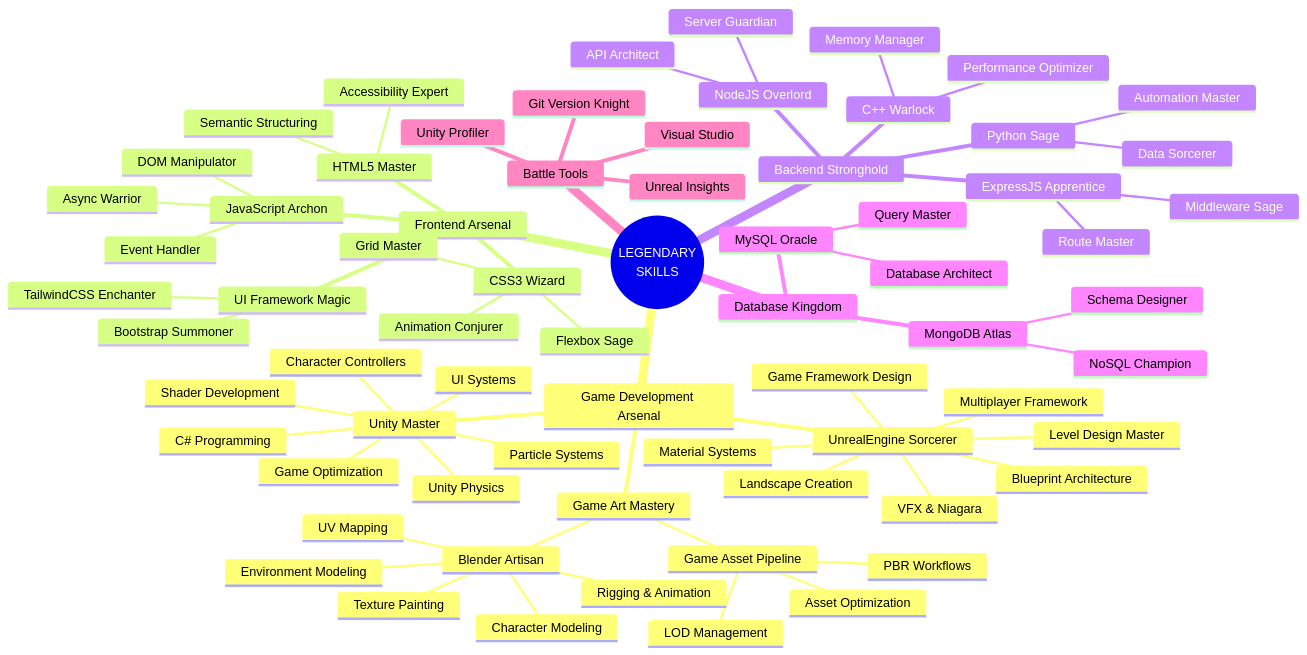
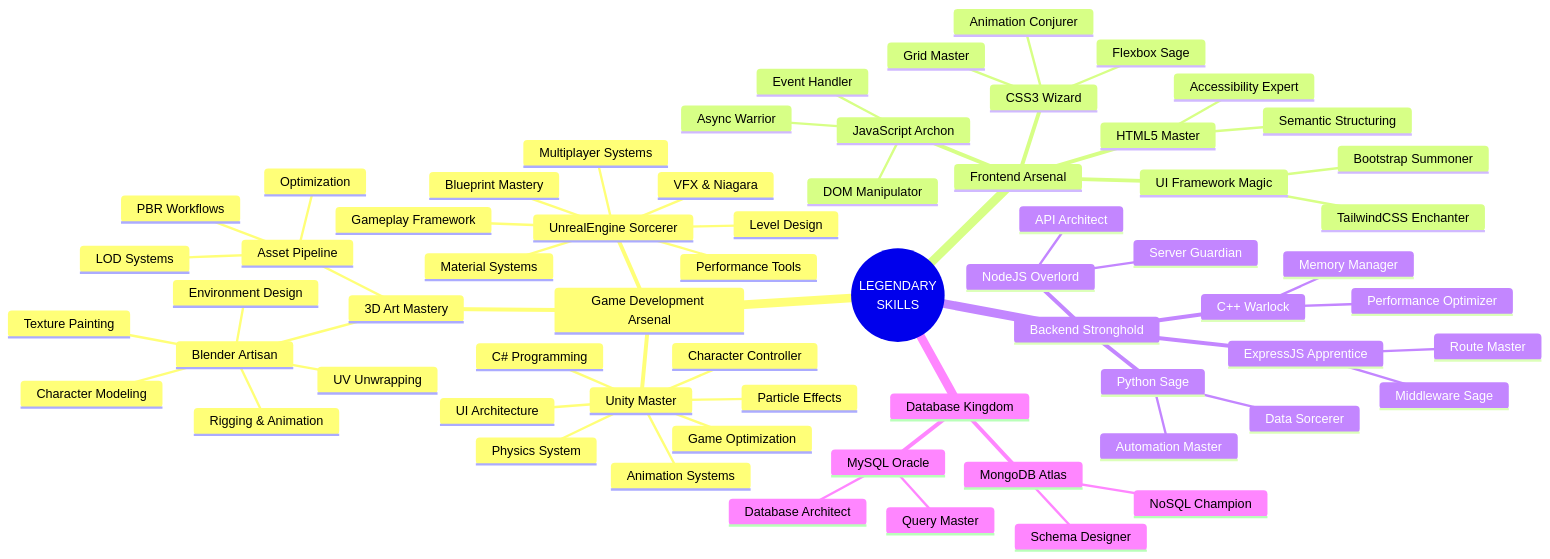
One commit to kaushikvishwakarma/kaushikvishwakarma changed the diagram in README.md. Above: the diagram before and after it, drawn with Mermaid. The commit also changed other lines of this file, not shown here.

````diff
--- a/README.md
+++ b/README.md
@@ -35,72 +64,67 @@
 ```mermaid
 mindmap
   root((LEGENDARY<br>SKILLS))
     Game Development Arsenal
       Unity Master
         C# Programming
-        Unity Physics
-        Shader Development
-        UI Systems
-        Character Controllers
+        Physics System
+        UI Architecture
+        Character Controller
+        Animation Systems
         Game Optimization
-        Particle Systems
+        Particle Effects
       UnrealEngine Sorcerer
-        Blueprint Architecture
-        Game Framework Design
-        Level Design Master
+        Blueprint Mastery
+        Level Design
         Material Systems
-        Landscape Creation
         VFX & Niagara
-        Multiplayer Framework
-      Game Art Mastery
+        Gameplay Framework
+        Multiplayer Systems
+        Performance Tools
+      3D Art Mastery
         Blender Artisan
           Character Modeling
           Rigging & Animation
-          UV Mapping
+          UV Unwrapping
           Texture Painting
-          Environment Modeling
-        Game Asset Pipeline
-          Asset Optimization
-          LOD Management
+          Environment Design
+        Asset Pipeline
+          Optimization
+          LOD Systems
           PBR Workflows
     Frontend Arsenal
       HTML5 Master
         Semantic Structuring
         Accessibility Expert
       CSS3 Wizard
         Flexbox Sage
         Grid Master
         Animation Conjurer
       JavaScript Archon
         DOM Manipulator
         Async Warrior
         Event Handler
       UI Framework Magic
         Bootstrap Summoner
         TailwindCSS Enchanter
     Backend Stronghold
       NodeJS Overlord
         Server Guardian
         API Architect
       ExpressJS Apprentice
         Route Master
         Middleware Sage
       Python Sage
         Data Sorcerer
         Automation Master
       C++ Warlock
         Memory Manager
         Performance Optimizer
     Database Kingdom
       MongoDB Atlas
         NoSQL Champion
         Schema Designer
       MySQL Oracle
         Query Master
         Database Architect
-    Battle Tools
-      Git Version Knight
-      Visual Studio
-      Unity Profiler
-      Unreal Insights
 ```
````
